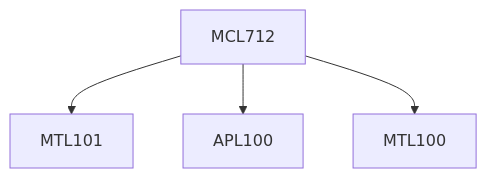
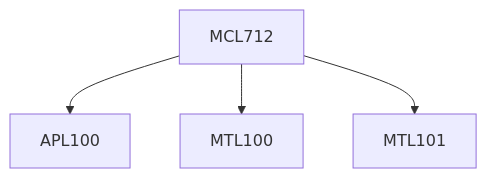
The diagram in content/Mechanical Engineering/MCL712.md (KeshavBansal0122/CoS_Website), drawn with Mermaid before and after one commit. The commit also changed other lines of this file and 392 other files, not shown here.

````diff
--- a/content/Mechanical Engineering/MCL712.md
+++ b/content/Mechanical Engineering/MCL712.md
@@ -13,10 +13,10 @@
 ```mermaid
 flowchart TD
 MCL712-1452[MCL712]
-MCL712-1452 --> MTL101-1452[MTL101]
 MCL712-1452 --> APL100-1452[APL100]
 MCL712-1452 --> MTL100-1452[MTL100]
+MCL712-1452 --> MTL101-1452[MTL101]
 
 classDef empty height:17px, fill:transparent, stroke:transparent;
 classDef trueEmpty height:0px, width:0px;
 ```
````
